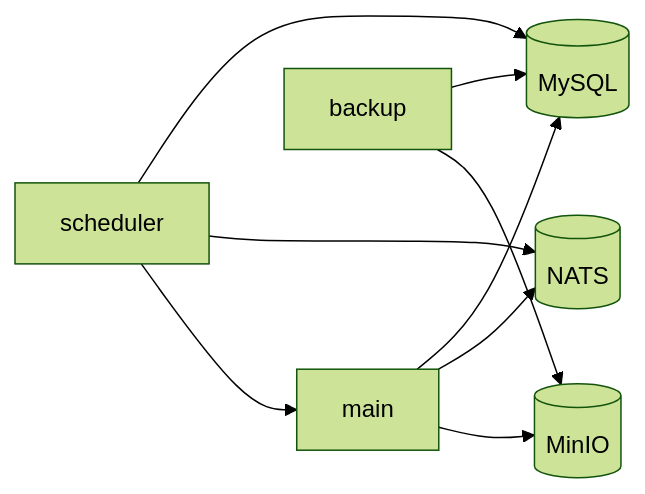
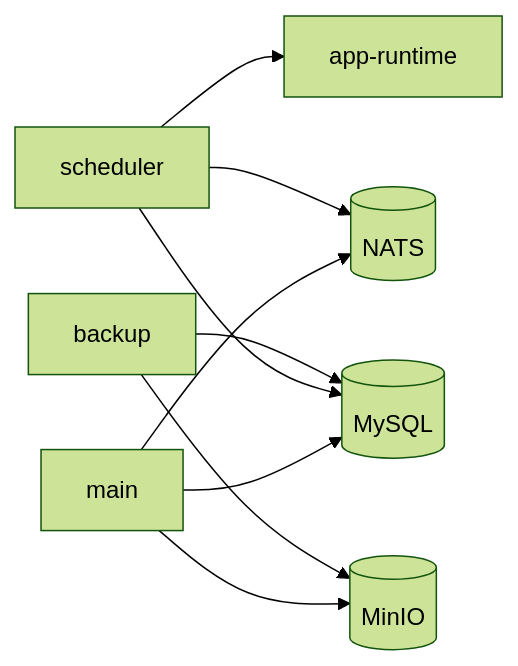
Before and after one commit to kageos/kageos: the first of 6 diagrams in deploy/prod/DEPLOYMENT_FLOW.md, drawn with Mermaid (forest theme). The commit also changed other lines of this file and 33 other files, not shown here.

````diff
--- a/deploy/prod/DEPLOYMENT_FLOW.md
+++ b/deploy/prod/DEPLOYMENT_FLOW.md
@@ -103,18 +103,18 @@
 ```mermaid
 flowchart LR
     mysql[(MySQL)]
     nats[(NATS)]
     minio[(MinIO)]
     main[main]
     scheduler[scheduler]
     backup[backup]
 
     main --> mysql
     main --> nats
     main --> minio
     scheduler --> mysql
     scheduler --> nats
-    scheduler --> main
+    scheduler --> runtime[app-runtime]
     backup --> mysql
     backup --> minio
 ```
````
